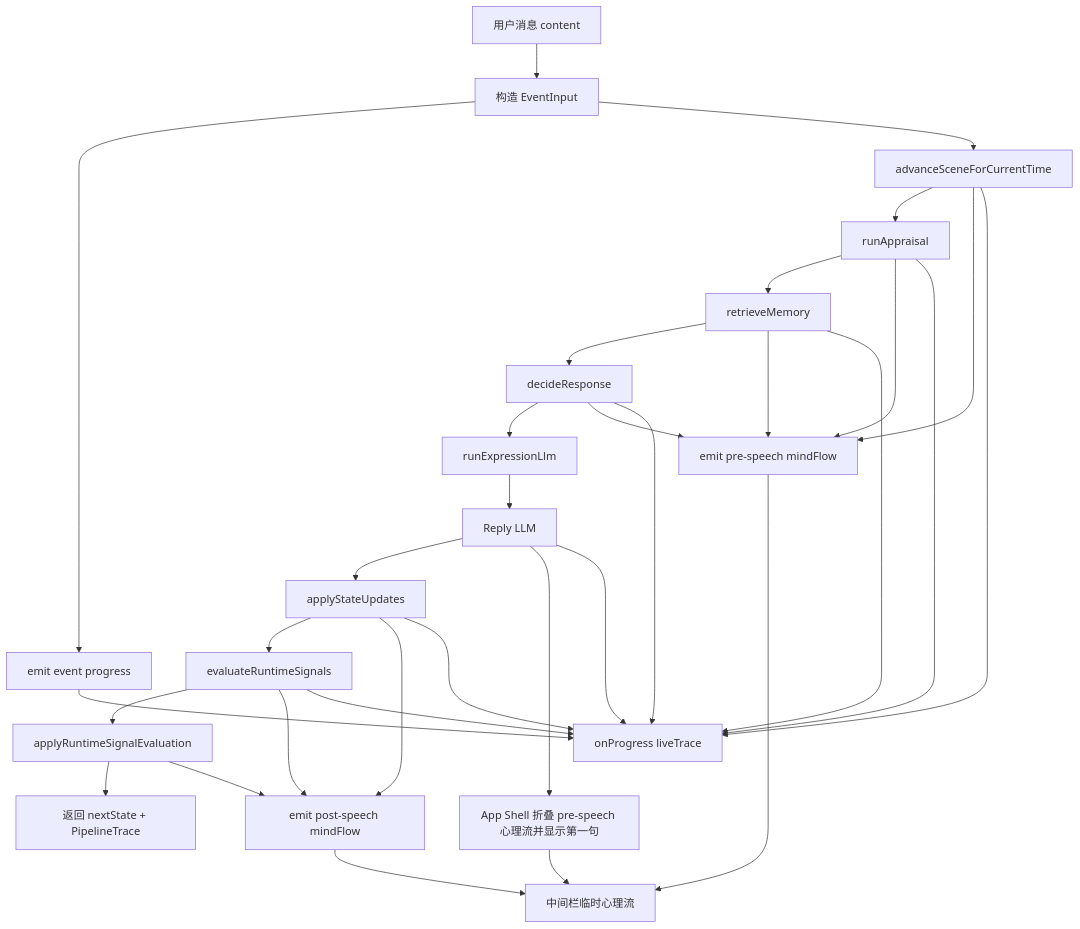
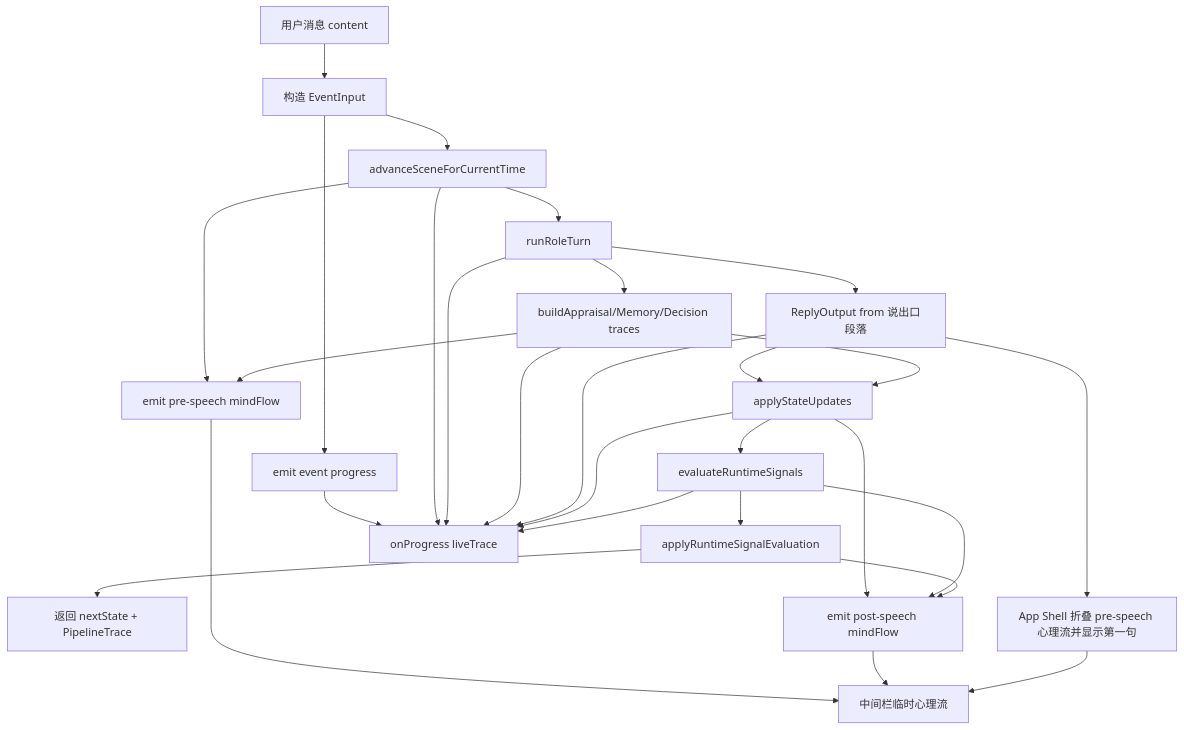
Diagram 24 of 32 in docs/SYSTEM_FLOW.md (ttmanthatman/virtual-human-flow), drawn with Mermaid before and after one commit. The commit also changed other lines of this file and 17 other files, not shown here.

Commit message:
refactor: unify conversation role turn

````diff
--- a/docs/SYSTEM_FLOW.md
+++ b/docs/SYSTEM_FLOW.md
@@ -575,34 +577,30 @@
 ```mermaid
 flowchart TD
     INPUT["用户消息 content"] --> EVENT["构造 EventInput"]
     EVENT --> PROGRESS1["emit event progress"]
     EVENT --> SCENE["advanceSceneForCurrentTime"]
-    SCENE --> APPRAISAL["runAppraisal"]
-    APPRAISAL --> MEM["retrieveMemory"]
-    MEM --> DECISION["decideResponse"]
-    DECISION --> EXPR["runExpressionLlm"]
-    EXPR --> REPLY["Reply LLM"]
+    SCENE --> ROLE["runRoleTurn"]
+    ROLE --> VIEWS["buildAppraisal/Memory/Decision traces"]
+    ROLE --> REPLY["ReplyOutput from 说出口段落"]
     REPLY --> UPDATE["applyStateUpdates"]
+    VIEWS --> UPDATE
     UPDATE --> SIGNAL["evaluateRuntimeSignals"]
     SIGNAL --> APPLY["applyRuntimeSignalEvaluation"]
     APPLY --> RETURN["返回 nextState + PipelineTrace"]
     SCENE --> MIND["emit pre-speech mindFlow"]
-    APPRAISAL --> MIND
-    MEM --> MIND
-    DECISION --> MIND
+    VIEWS --> MIND
     REPLY --> FOLD["App Shell 折叠 pre-speech 心理流并显示第一句"]
     UPDATE --> POSTMIND["emit post-speech mindFlow"]
     SIGNAL --> POSTMIND
     APPLY --> POSTMIND
     PROGRESS1 --> TRACE["onProgress liveTrace"]
     SCENE --> TRACE
     MIND --> CHAT["中间栏临时心理流"]
     POSTMIND --> CHAT
     FOLD --> CHAT
-    APPRAISAL --> TRACE
-    MEM --> TRACE
-    DECISION --> TRACE
+    ROLE --> TRACE
+    VIEWS --> TRACE
     REPLY --> TRACE
     UPDATE --> TRACE
     SIGNAL --> TRACE
 ```
````
